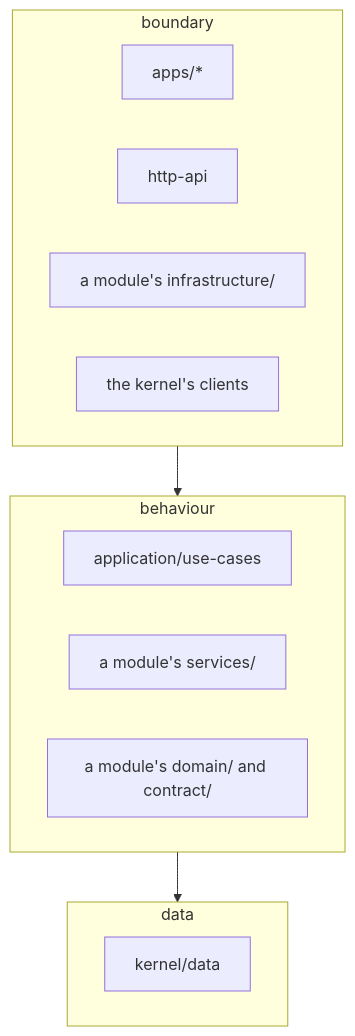
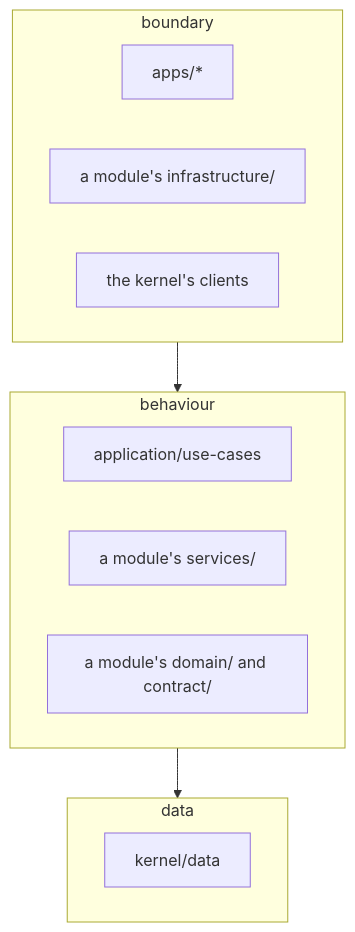
One commit to khotei/app-template changed the diagram in docs/knowledge/architecture.md. Above: the diagram before and after it, drawn with Mermaid. The commit also changed other lines of this file and 3427 other files, not shown here.

````diff
--- a/docs/knowledge/architecture.md
+++ b/docs/knowledge/architecture.md
@@ -40,18 +43,17 @@
 ```mermaid
 graph TD
   subgraph boundary["boundary"]
     apps["apps/*"]
-    httpApi["http-api"]
     infra["a module's infrastructure/"]
     clients["the kernel's clients"]
   end
   subgraph behaviour["behaviour"]
     useCases["application/use-cases"]
     services["a module's services/"]
     domain["a module's domain/ and contract/"]
   end
   subgraph data["data"]
     db["kernel/data"]
   end
   boundary --> behaviour --> data
 ```
````
